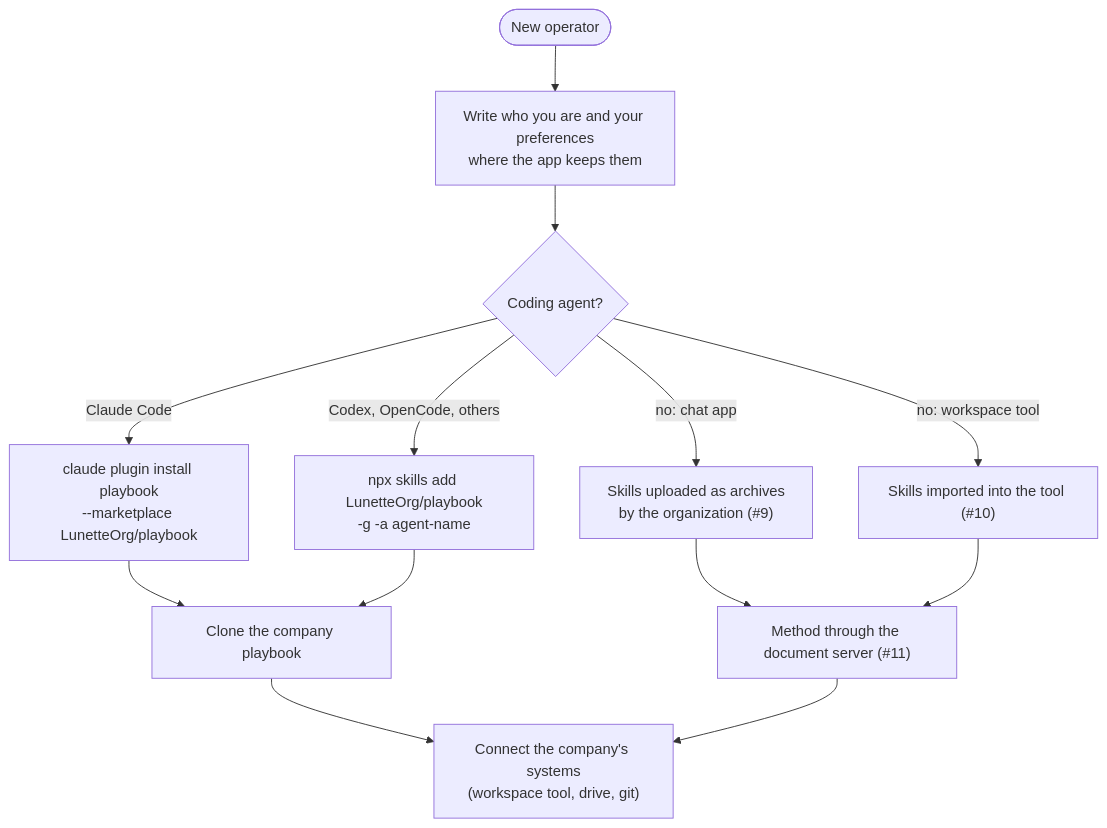
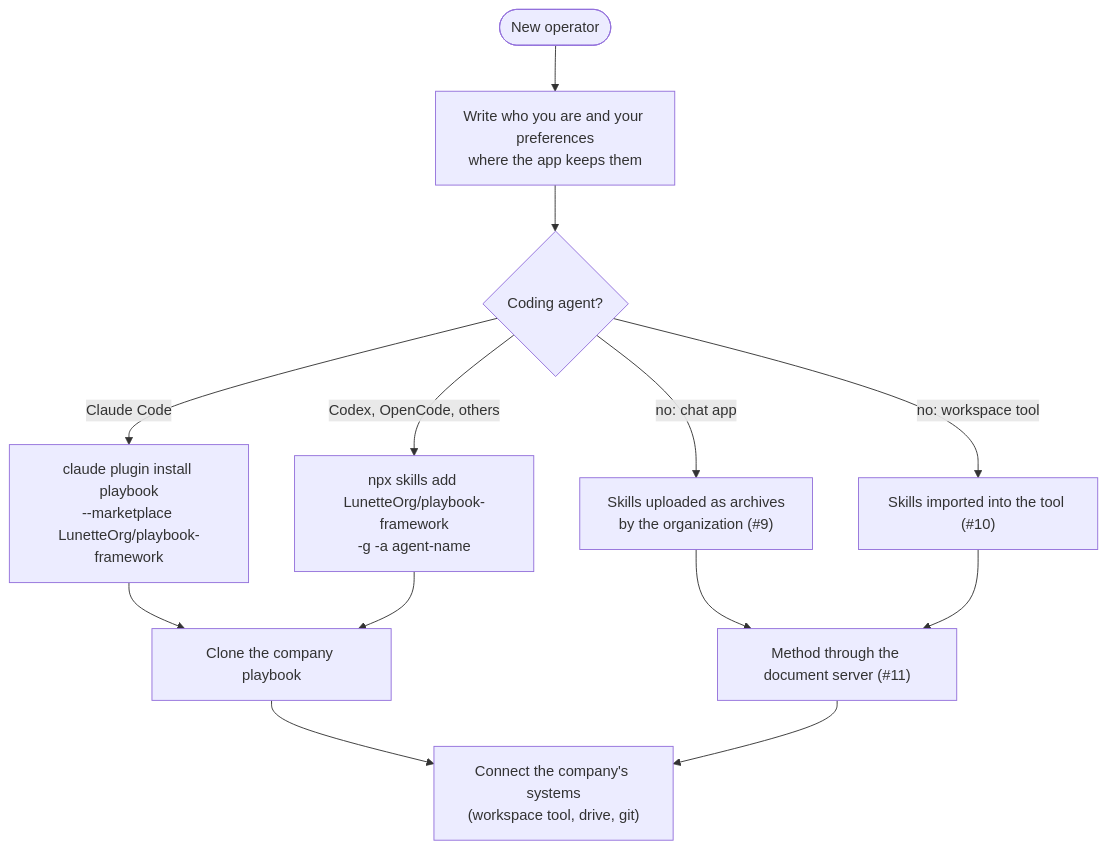
The second of 2 diagrams in docs/architecture.md (LunetteOrg/playbook-framework), drawn with Mermaid before and after one commit. The commit also changed other lines of this file and 7 other files, not shown here.

First line of the commit message:
chore: rename the repository to playbook-framework (#27)

````diff
--- a/docs/architecture.md
+++ b/docs/architecture.md
@@ -69,15 +69,15 @@
 ```mermaid
 flowchart TB
   start(["New operator"]) --> who["Write who you are and your preferences<br/>where the app keeps them"]
   who --> code{"Coding agent?"}
-  code -->|Claude Code| cc["claude plugin install playbook<br/>--marketplace LunetteOrg/playbook"]
-  code -->|Codex, OpenCode, others| npx["npx skills add LunetteOrg/playbook<br/>-g -a agent-name"]
+  code -->|Claude Code| cc["claude plugin install playbook<br/>--marketplace LunetteOrg/playbook-framework"]
+  code -->|Codex, OpenCode, others| npx["npx skills add LunetteOrg/playbook-framework<br/>-g -a agent-name"]
   code -->|no: chat app| chat["Skills uploaded as archives<br/>by the organization (#9)"]
   code -->|no: workspace tool| ws["Skills imported into the tool (#10)"]
   cc --> clone["Clone the company playbook"]
   npx --> clone
   chat --> mcp["Method through the document server (#11)"]
   ws --> mcp
   clone --> conn["Connect the company's systems<br/>(workspace tool, drive, git)"]
   mcp --> conn
 ```
````
